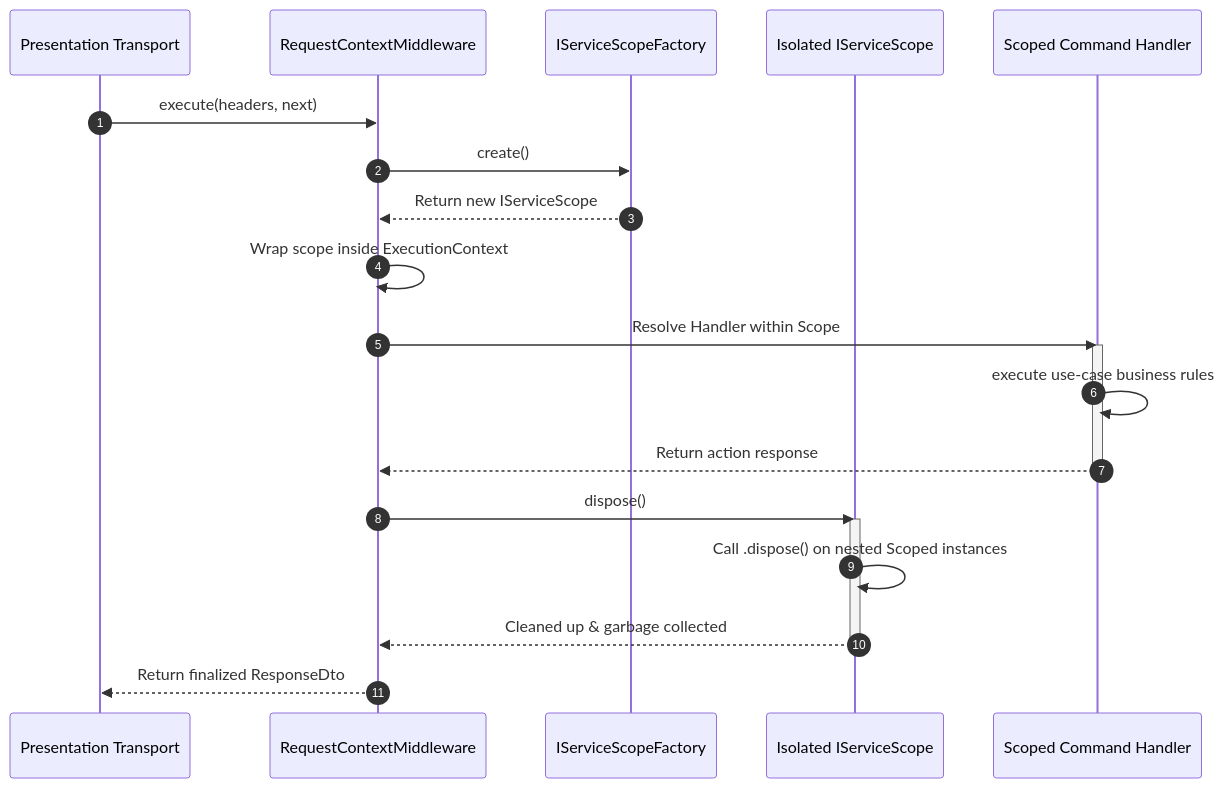
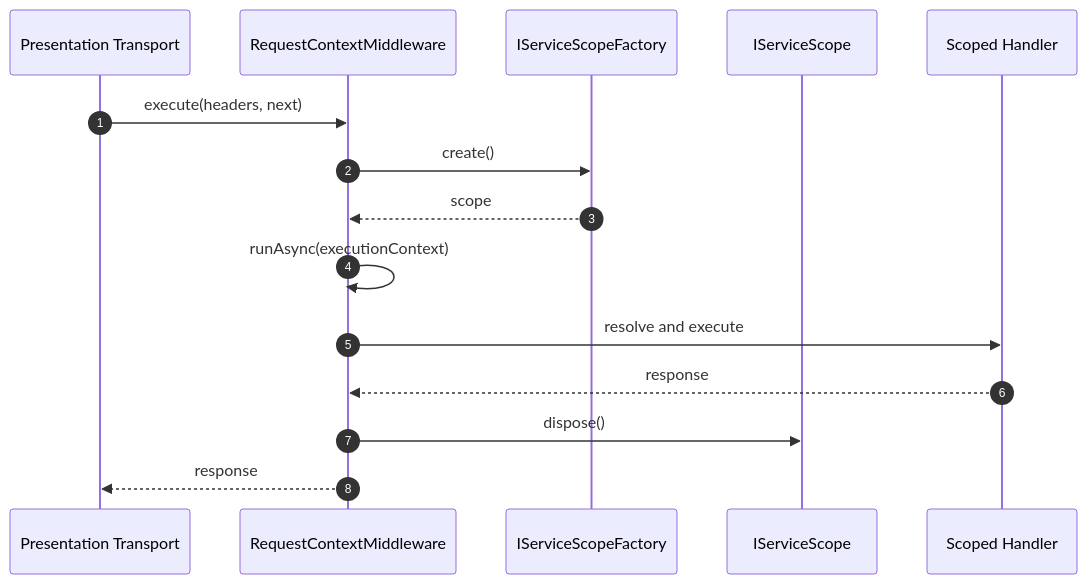
Before and after one commit to xeno-js/xeno-js: the diagram in documentation/core-architecture/ioc-container-service-lifetimes.md, drawn with Mermaid. The commit also changed other lines of this file and 66 other files, not shown here.

````diff
--- a/documentation/core-architecture/ioc-container-service-lifetimes.md
+++ b/documentation/core-architecture/ioc-container-service-lifetimes.md
@@ -194,26 +106,18 @@
 ```mermaid
 sequenceDiagram
     autonumber
     participant Transport as Presentation Transport
     participant MW as RequestContextMiddleware
     participant SF as IServiceScopeFactory
-    participant Scope as Isolated IServiceScope
-    participant Handler as Scoped Command Handler
+    participant Scope as IServiceScope
+    participant Handler as Scoped Handler
 
     Transport->>MW: execute(headers, next)
     MW->>SF: create()
-    SF-->>MW: Return new IServiceScope
-    MW->>MW: Wrap scope inside ExecutionContext
-    MW->>Handler: Resolve Handler within Scope
-    activate Handler
-    Handler->>Handler: execute use-case business rules
-    Handler-->>MW: Return action response
-    deactivate Handler
+    SF-->>MW: scope
+    MW->>MW: runAsync(executionContext)
+    MW->>Handler: resolve and execute
+    Handler-->>MW: response
     MW->>Scope: dispose()
-    activate Scope
-    Scope->>Scope: Call .dispose() on nested Scoped instances
-    Scope-->>MW: Cleaned up & garbage collected
-    deactivate Scope
-    MW-->>Transport: Return finalized ResponseDto
-
+    MW-->>Transport: response
 ```
````
